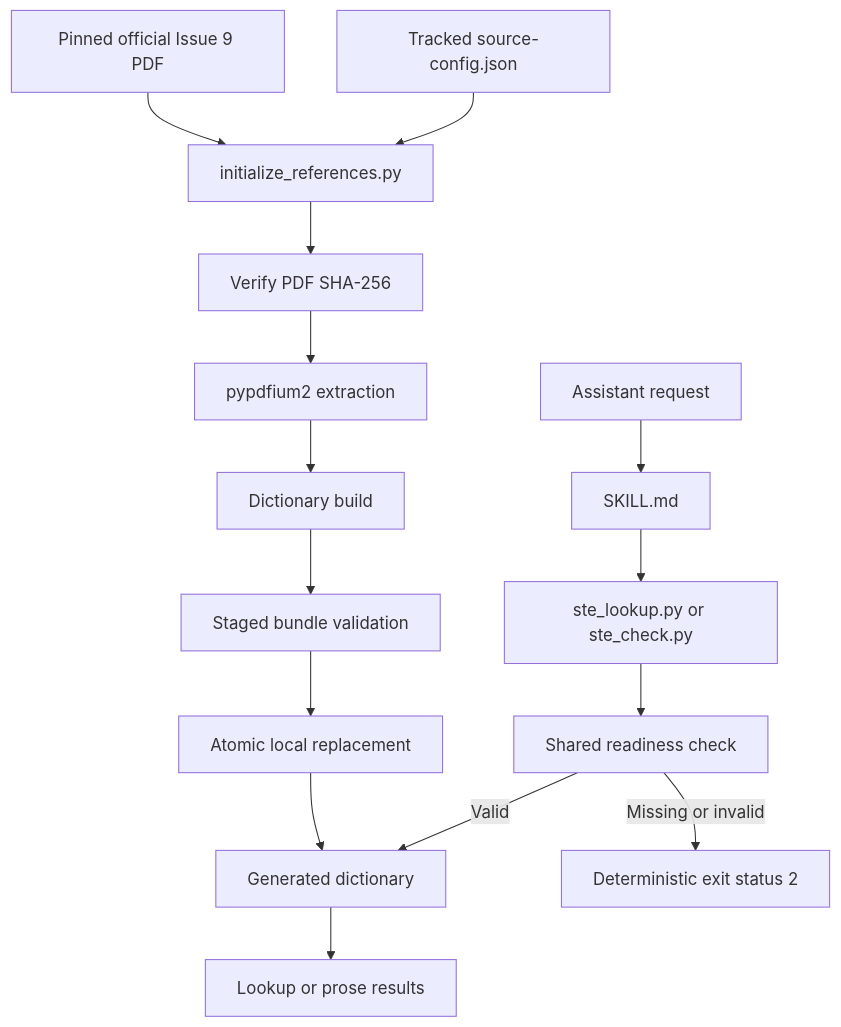
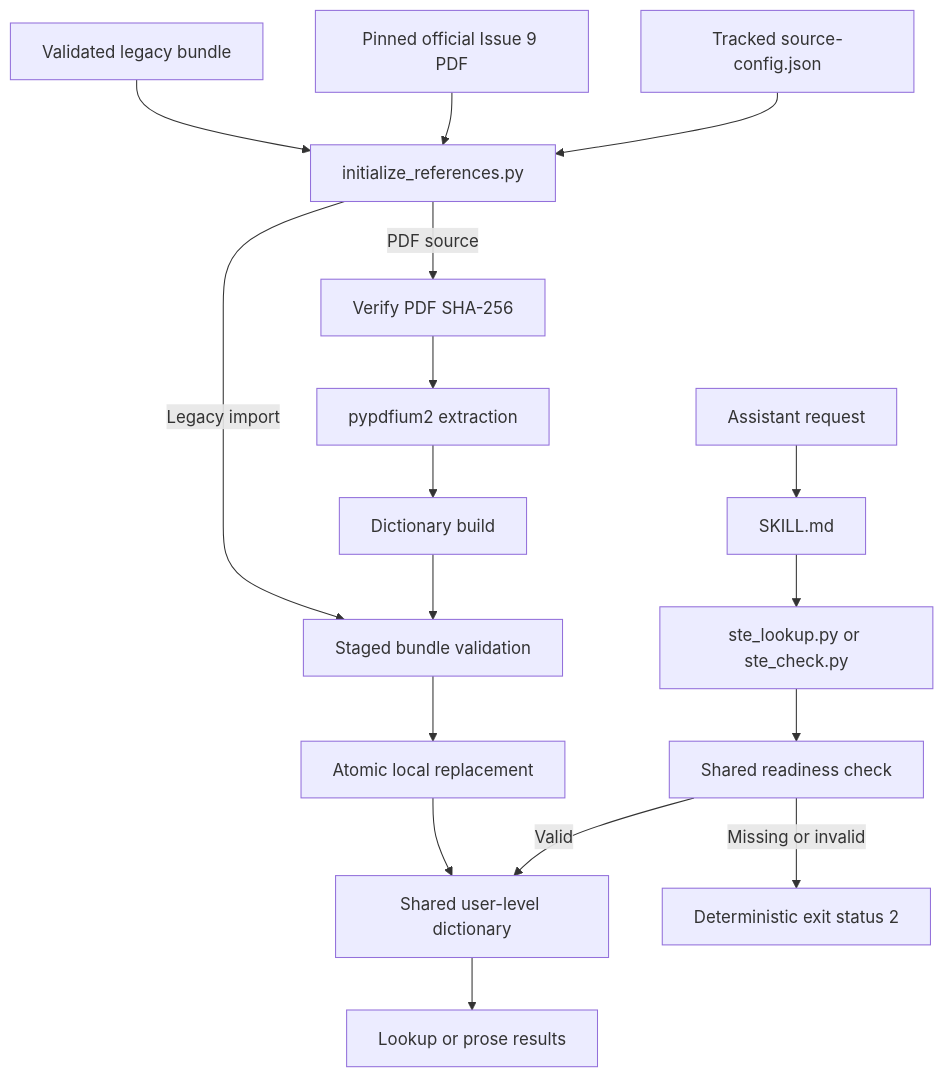
One commit to kylesaburao/harness-plugin changed the diagram in plugins/harness/skills/write-asd-ste100/README.md. Above: the diagram before and after it, drawn with Mermaid. The commit also changed other lines of this file and 7 other files, not shown here.

````diff
--- a/plugins/harness/skills/write-asd-ste100/README.md
+++ b/plugins/harness/skills/write-asd-ste100/README.md
@@ -74,18 +91,20 @@
 ```mermaid
 flowchart TD
     A[Assistant request] --> B[SKILL.md]
     B --> C[ste_lookup.py or ste_check.py]
     C --> D[Shared readiness check]
-    D -->|Valid| E[Generated dictionary]
+    D -->|Valid| E[Shared user-level dictionary]
     D -->|Missing or invalid| F[Deterministic exit status 2]
     E --> G[Lookup or prose results]
 
     H[Tracked source-config.json] --> I[initialize_references.py]
     J[Pinned official Issue 9 PDF] --> I
-    I --> K[Verify PDF SHA-256]
+    P[Validated legacy bundle] --> I
+    I -->|PDF source| K[Verify PDF SHA-256]
     K --> L[pypdfium2 extraction]
     L --> M[Dictionary build]
     M --> N[Staged bundle validation]
+    I -->|Legacy import| N
     N --> O[Atomic local replacement]
     O --> E
 ```
````
